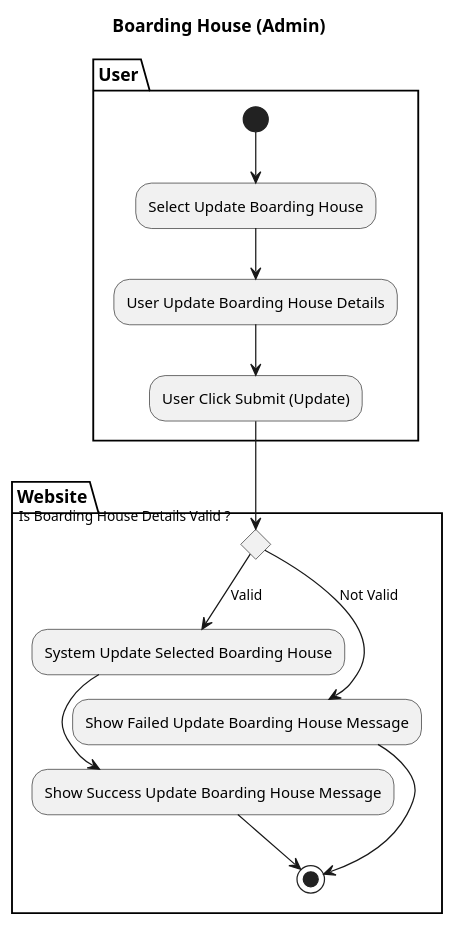
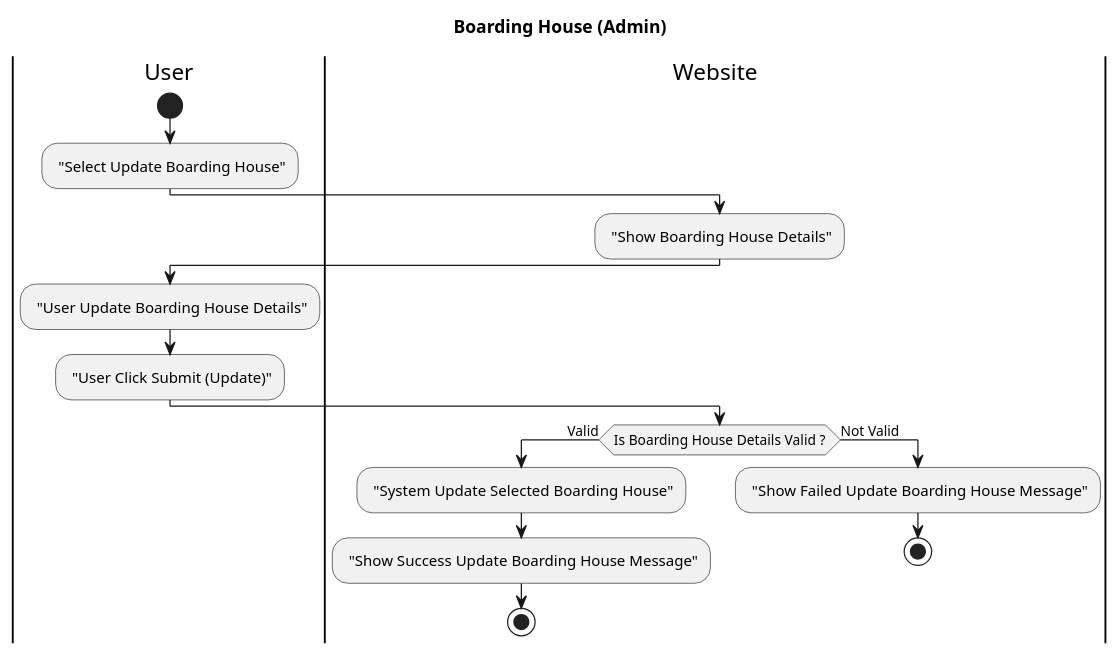
The diagram in Design/BHFMS_ACTIVITY/Boarding House (Admin) Update.puml (AntWort21/BHFMS), drawn with PlantUML before and after one commit. The commit also changed 9 other files, not shown here.

Commit message:
Update all Activity Diagram w/ Swimlane

```diff
--- a/Design/BHFMS_ACTIVITY/Boarding House (Admin) Update.puml
+++ b/Design/BHFMS_ACTIVITY/Boarding House (Admin) Update.puml
@@ -1,19 +1,23 @@
 @startuml
 title Boarding House (Admin)
-partition User {
-(*) --> "Select Update Boarding House"
-    --> "User Update Boarding House Details"
-    --> "User Click Submit (Update)"
-        
-}
 
-partition Website {
-    "User Click Submit (Update)" --> If "Is Boarding House Details Valid ?" then
-        --> [Valid] "System Update Selected Boarding House"
-        --> "Show Success Update Boarding House Message"
-        -->(*)
-        else
-        --> [Not Valid] "Show Failed Update Boarding House Message"
-        --> (*)
-}
+|User|
+start
+    : "Select Update Boarding House";
+
+|Website|
+    : "Show Boarding House Details";
+
+|User|
+    : "User Update Boarding House Details";
+    : "User Click Submit (Update)";
+
+|Website|
+    if (Is Boarding House Details Valid ?) is (Valid) then
+        : "System Update Selected Boarding House";
+        : "Show Success Update Boarding House Message";
+        stop
+    else (Not Valid)
+        : "Show Failed Update Boarding House Message";
+        stop
 @enduml
```
